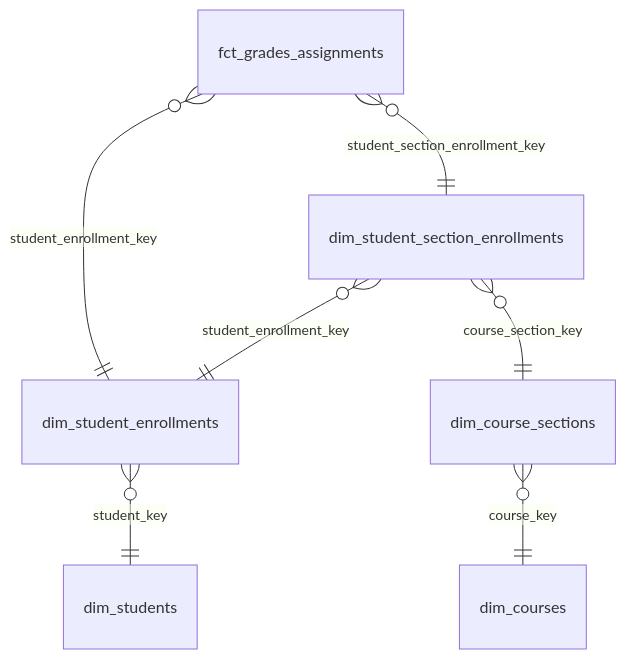
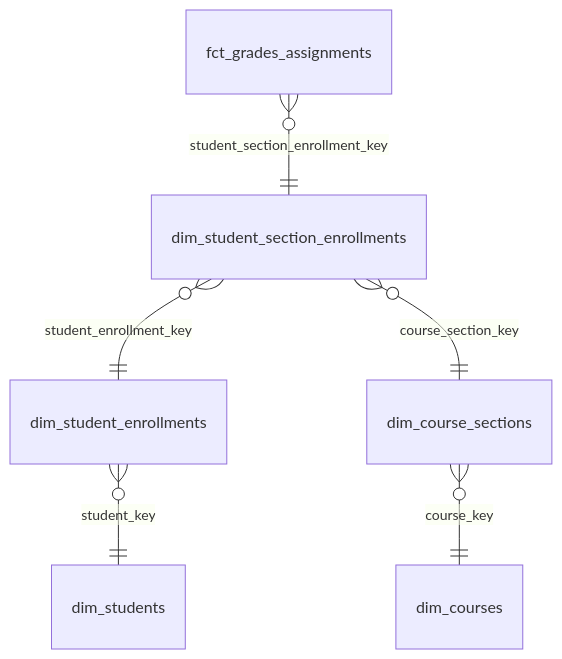
Before and after one commit to TEAMSchools/teamster: the sixth of 24 diagrams in docs/reference/marts-data-models.md, drawn with Mermaid. The commit also changed other lines of this file, not shown here.

````diff
--- a/docs/reference/marts-data-models.md
+++ b/docs/reference/marts-data-models.md
@@ -120,9 +118,8 @@
 ```mermaid
 erDiagram
   fct_grades_assignments }o--|| dim_student_section_enrollments : "student_section_enrollment_key"
-  fct_grades_assignments }o--|| dim_student_enrollments : "student_enrollment_key"
   dim_student_section_enrollments }o--|| dim_student_enrollments : "student_enrollment_key"
   dim_student_section_enrollments }o--|| dim_course_sections : "course_section_key"
   dim_student_enrollments }o--|| dim_students : "student_key"
   dim_course_sections }o--|| dim_courses : "course_key"
 ```
````
